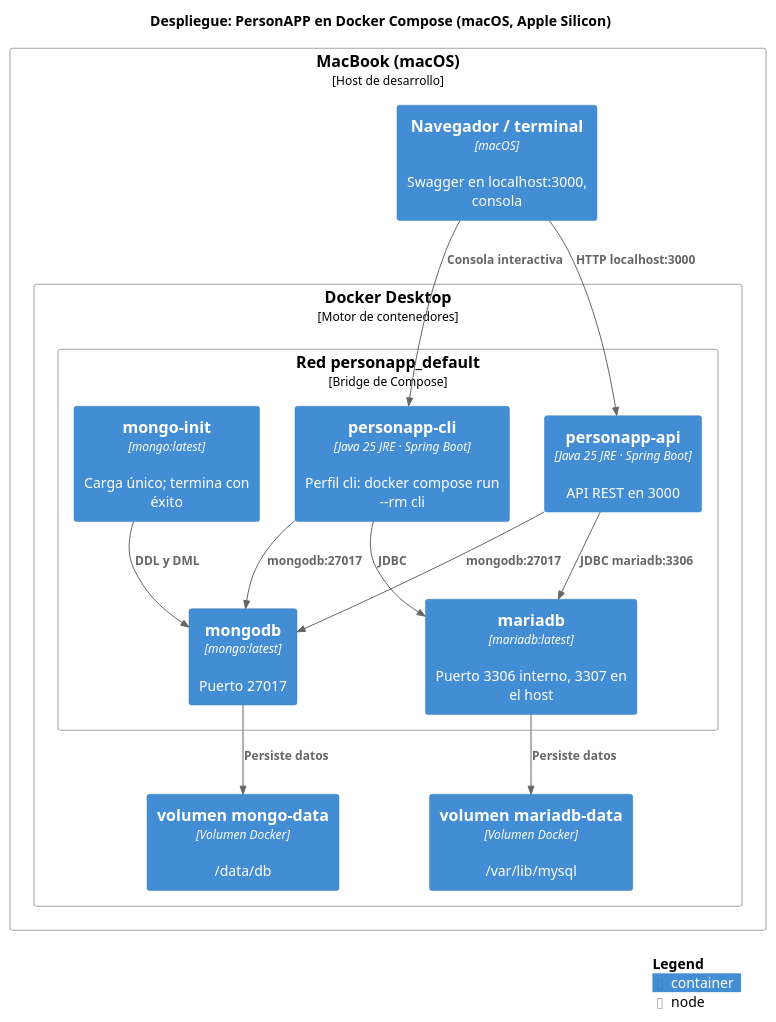
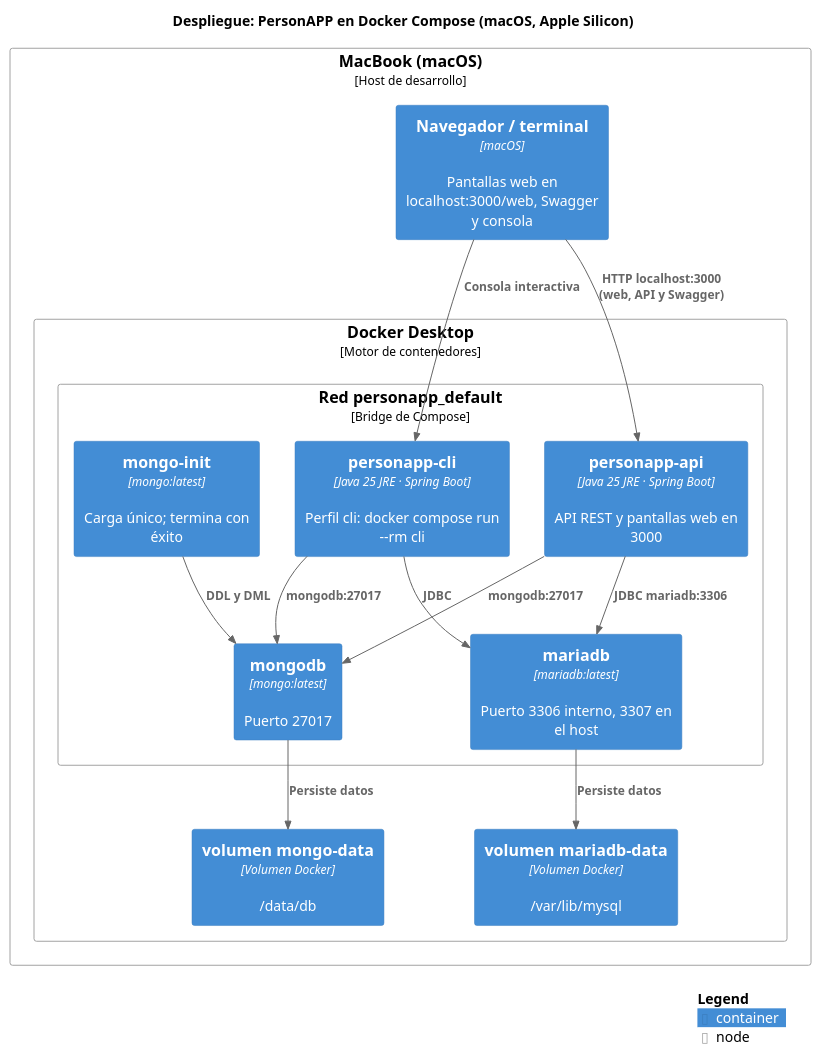
The diagram in docs/diagramas/07_despliegue.puml (andres-karoll/personapp-hexa-spring-boot), drawn with PlantUML before and after one commit. The commit also changed 14 other files, not shown here.

First line of the commit message:
Actualiza diagramas C4 con las pantallas web

```diff
--- a/docs/diagramas/07_despliegue.puml
+++ b/docs/diagramas/07_despliegue.puml
@@ -1,33 +1,33 @@
 @startuml 07_despliegue
 !include https://raw.githubusercontent.com/plantuml-stdlib/C4-PlantUML/v2.10.0/C4_Deployment.puml
 LAYOUT_TOP_DOWN()
 hide stereotype
 title Despliegue: PersonAPP en Docker Compose (macOS, Apple Silicon)
 
 Deployment_Node(mac, "MacBook (macOS)", "Host de desarrollo") {
   Deployment_Node(docker, "Docker Desktop", "Motor de contenedores") {
     Deployment_Node(net, "Red personapp_default", "Bridge de Compose") {
-      Container(api, "personapp-api", "Java 25 JRE · Spring Boot", "API REST en 3000")
+      Container(api, "personapp-api", "Java 25 JRE · Spring Boot", "API REST y pantallas web en 3000")
       Container(cli, "personapp-cli", "Java 25 JRE · Spring Boot", "Perfil cli: docker compose run --rm cli")
       Container(maria, "mariadb", "mariadb:latest", "Puerto 3306 interno, 3307 en el host")
       Container(mongo, "mongodb", "mongo:latest", "Puerto 27017")
       Container(init, "mongo-init", "mongo:latest", "Carga único; termina con éxito")
     }
     Container(vol1, "volumen mariadb-data", "Volumen Docker", "/var/lib/mysql")
     Container(vol2, "volumen mongo-data", "Volumen Docker", "/data/db")
   }
-  Container(host, "Navegador / terminal", "macOS", "Swagger en localhost:3000, consola")
+  Container(host, "Navegador / terminal", "macOS", "Pantallas web en localhost:3000/web, Swagger y consola")
 }
 
-Rel(host, api, "HTTP localhost:3000")
+Rel(host, api, "HTTP localhost:3000 (web, API y Swagger)")
 Rel(host, cli, "Consola interactiva")
 Rel(api, maria, "JDBC mariadb:3306")
 Rel(api, mongo, "mongodb:27017")
 Rel(cli, maria, "JDBC")
 Rel(cli, mongo, "mongodb:27017")
 Rel(init, mongo, "DDL y DML")
 Rel(maria, vol1, "Persiste datos")
 Rel(mongo, vol2, "Persiste datos")
 
 SHOW_LEGEND()
 @enduml
```
